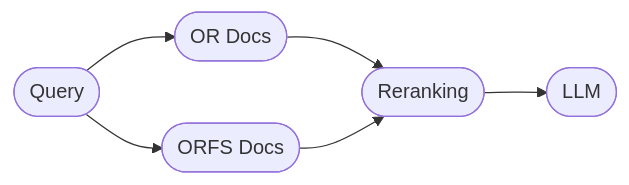
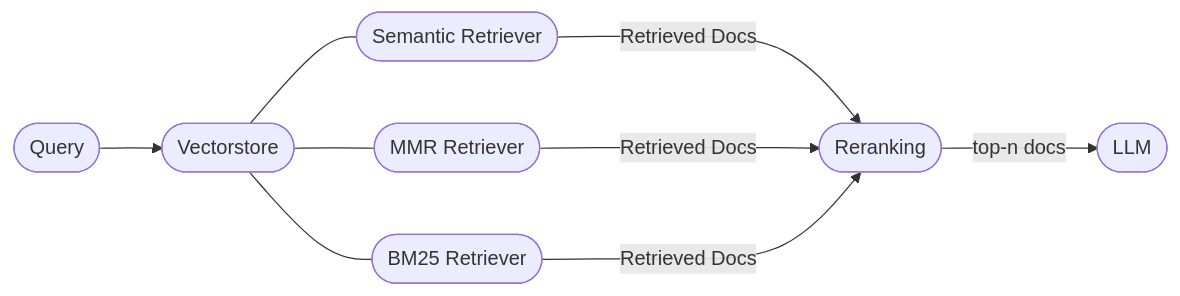
The diagram in README.md (The-OpenROAD-Project/ORAssistant), drawn with Mermaid before and after one commit. The commit also changed other lines of this file and 23 other files, not shown here.

````diff
--- a/README.md
+++ b/README.md
@@ -54,11 +58,15 @@
 ```mermaid
 flowchart LR
-    id1([Query]) --> id2([OR Docs])
-    id1([Query]) --> id3([ORFS Docs])
+    id0([Query]) --> id1
 
-    id2([OR Docs]) --> id4([Reranking]) 
-    id3([ORFS Docs]) --> id4([Reranking])
+    id1([Vectorstore]) --- id2([Semantic Retriever])
+    id1([Vectorstore]) --- id3([MMR Retriever])
+    id1([Vectorstore]) --- id4([BM25 Retriever])
 
-    id4([Reranking]) --> id5([LLM])
+    id2([Semantic Retriever]) -- Retrieved Docs ---> id5([Reranking]) 
+    id3([MMR Retriever]) -- Retrieved Docs ---> id5([Reranking])
+    id4([BM25 Retriever]) -- Retrieved Docs ---> id5([Reranking])
+
+    id5([Reranking]) -- top-n docs --> id6([LLM])
  
 ```
````
